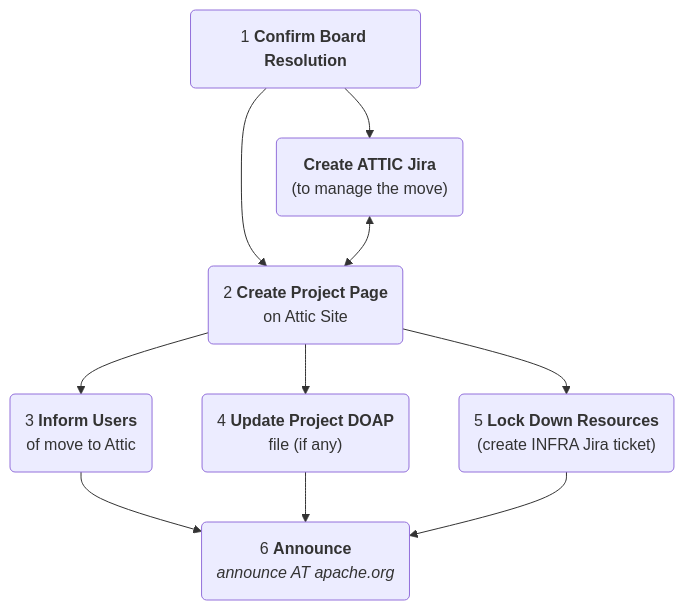
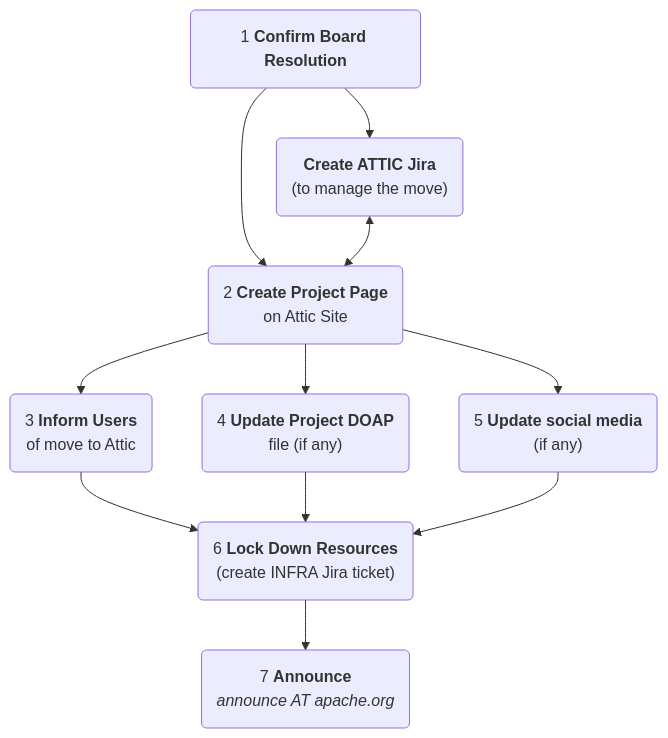
One commit to apache/attic changed the diagram in process-howto.md. Above: the diagram before and after it, drawn with Mermaid. The commit also changed other lines of this file and 2 other files, not shown here.

Commit message:
ATTIC-243 add social media to process (#12)

````diff
--- a/process-howto.md
+++ b/process-howto.md
@@ -30,33 +30,37 @@
 ```mermaid
 graph TD;
     accTitle: the Attic Process
     accDescr: Attic process diagram which shows the steps of moving a Retired Project to the Attic
     RESL("`1 **Confirm Board Resolution**`")
     JIRA("`**Create ATTIC Jira**
         (to manage the move)`")
     PROJ("`2 **Create Project Page**
         on Attic Site`")
     USER("`3 **Inform Users**
         of move to Attic`")
     DOAP("`4 **Update Project DOAP**
         file (if any)`")
-    LOCK("`5 **Lock Down Resources**
+    SOCL("`5 **Update social media**
+        (if any)`")
+    LOCK("`6 **Lock Down Resources**
         (create INFRA Jira ticket)`")
-    ANNC("`6 **Announce**
+    ANNC("`7 **Announce**
         *announce AT apache.org*`")
     RESL-->JIRA;
     RESL-->PROJ;
     JIRA<-->PROJ;
     PROJ-->USER;
     PROJ-->DOAP;
-    PROJ-->LOCK;
-    USER-->ANNC;
-    DOAP-->ANNC;
+    PROJ-->SOCL;
+    USER-->LOCK;
+    DOAP-->LOCK;
+    SOCL-->LOCK;
     LOCK-->ANNC;
     click RESL "#1-confirm-board-resolution"
     click PROJ "#2-create-project-page-on-attic-site"
     click USER "#3-inform-users-of-the-move-to-the-attic"
     click DOAP "#4-update-the-project-doap-file-if-any"
-    click LOCK "#5-get-infra-to-lock-down-project-resources"
-    click ANNC "#6-announce-on-announce-at-apacheorg"
+    click SOCL "#5-update-social-media-if-any"
+    click LOCK "#6-get-infra-to-lock-down-project-resources"
+    click ANNC "#7-announce-on-announce-at-apacheorg"
 ```
````
